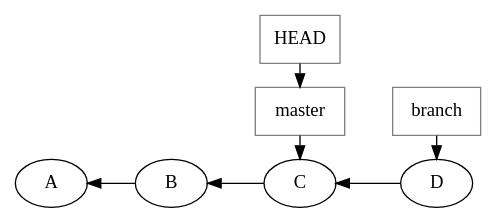
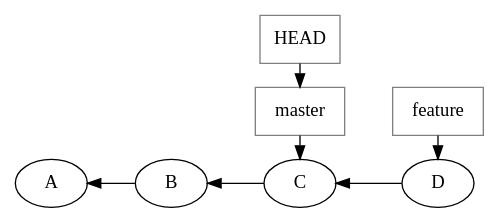
One commit to maartenberg/gitgud changed the diagram in graphs/branching5.gv. Above: the diagram before and after it, drawn with Graphviz. The commit also changed 20 other files, not shown here.

```diff
--- a/graphs/branching5.gv
+++ b/graphs/branching5.gv
@@ -1,13 +1,13 @@
 digraph repo {
 	rankdir="RL";
 	C -> B;
 	B -> A;
 	D -> C;
 	node [rank=3,shape=box, color=grey] master;
-	node [rank=3,shape=box, color=grey] branch;
+	node [rank=3,shape=box, color=grey] feature;
 	master -> C;
 	HEAD -> master;
-	branch -> D;
+	feature -> D;
 	{ rank = same; C; master;HEAD;}
-	{ rank = same; D; branch;}
+	{ rank = same; D; feature;}
 }
```
